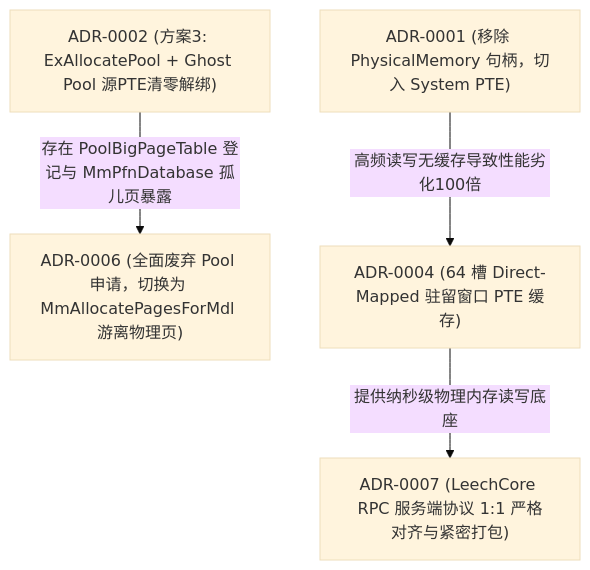
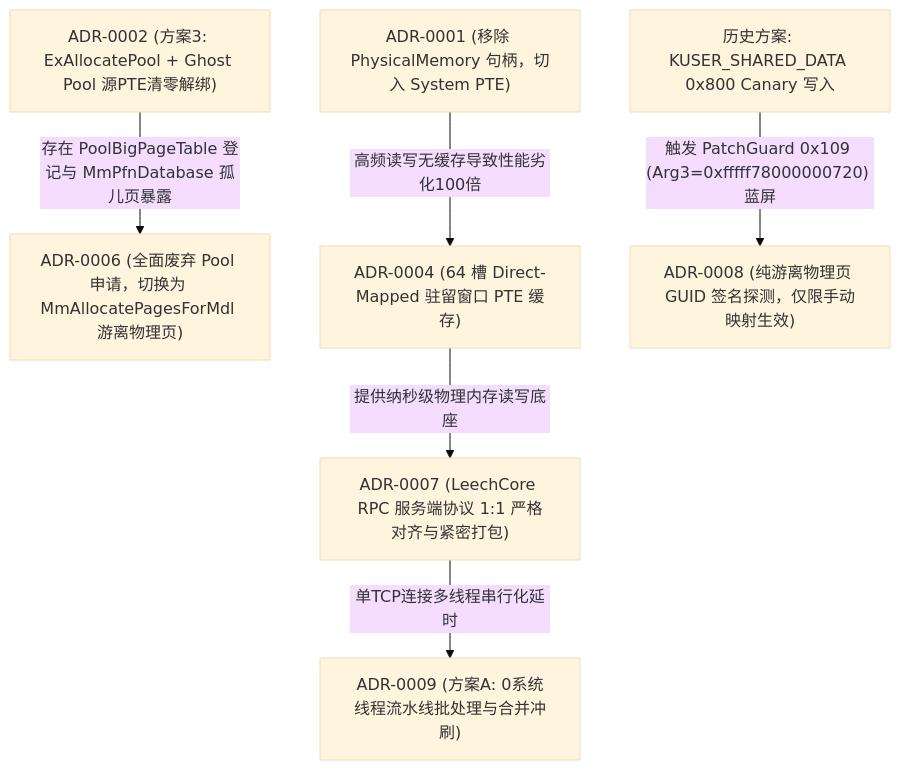
One commit to zhugeliang666/CheatDrv changed the diagram in docs/decisions/README.md. Above: the diagram before and after it, drawn with Mermaid (base theme). The commit also changed other lines of this file and 13 other files, not shown here.

````diff
--- a/docs/decisions/README.md
+++ b/docs/decisions/README.md
@@ -24,6 +26,8 @@
 ```mermaid
 graph TD
     A["ADR-0002 (方案3: ExAllocatePool + Ghost Pool 源PTE清零解绑)"] --"存在 PoolBigPageTable 登记与 MmPfnDatabase 孤儿页暴露"--> B["ADR-0006 (全面废弃 Pool 申请，切换为 MmAllocatePagesForMdl 游离物理页)"]
     C["ADR-0001 (移除 PhysicalMemory 句柄，切入 System PTE)"] --"高频读写无缓存导致性能劣化100倍"--> D["ADR-0004 (64 槽 Direct-Mapped 驻留窗口 PTE 缓存)"]
     D --"提供纳秒级物理内存读写底座"--> E["ADR-0007 (LeechCore RPC 服务端协议 1:1 严格对齐与紧密打包)"]
+    F["历史方案: KUSER_SHARED_DATA 0x800 Canary 写入"] --"触发 PatchGuard 0x109 (Arg3=0xfffff78000000720) 蓝屏"--> G["ADR-0008 (纯游离物理页 GUID 签名探测，仅限手动映射生效)"]
+    E --"单TCP连接多线程串行化延时"--> H["ADR-0009 (方案A: 0系统线程流水线批处理与合并冲刷)"]
 ```
````
